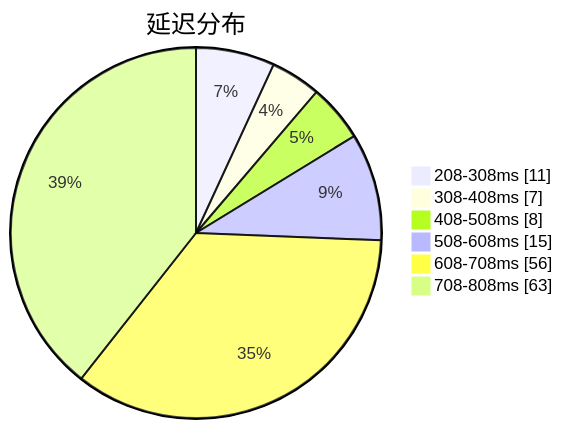
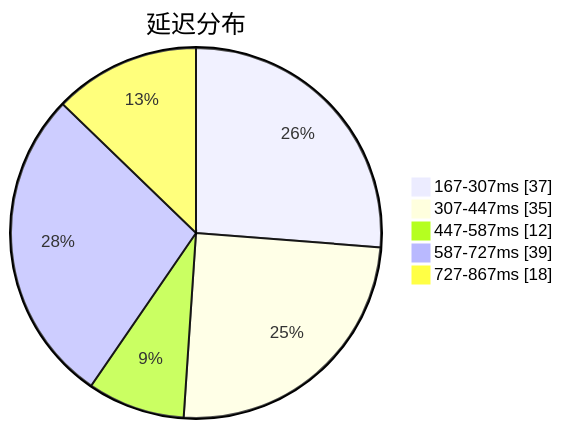
The first of 3 diagrams in subs/statistics/tested_within.md (qjlxg/airport), drawn with Mermaid before and after one commit. The commit also changed other lines of this file and 2 other files, not shown here.

````diff
--- a/subs/statistics/tested_within.md
+++ b/subs/statistics/tested_within.md
@@ -2,10 +2,9 @@
 ```mermaid
 pie showData
 title 延迟分布
-"208-308ms" : 11
-"308-408ms" : 7
-"408-508ms" : 8
-"508-608ms" : 15
-"608-708ms" : 56
-"708-808ms" : 63
+"167-307ms" : 37
+"307-447ms" : 35
+"447-587ms" : 12
+"587-727ms" : 39
+"727-867ms" : 18
 ```
````
